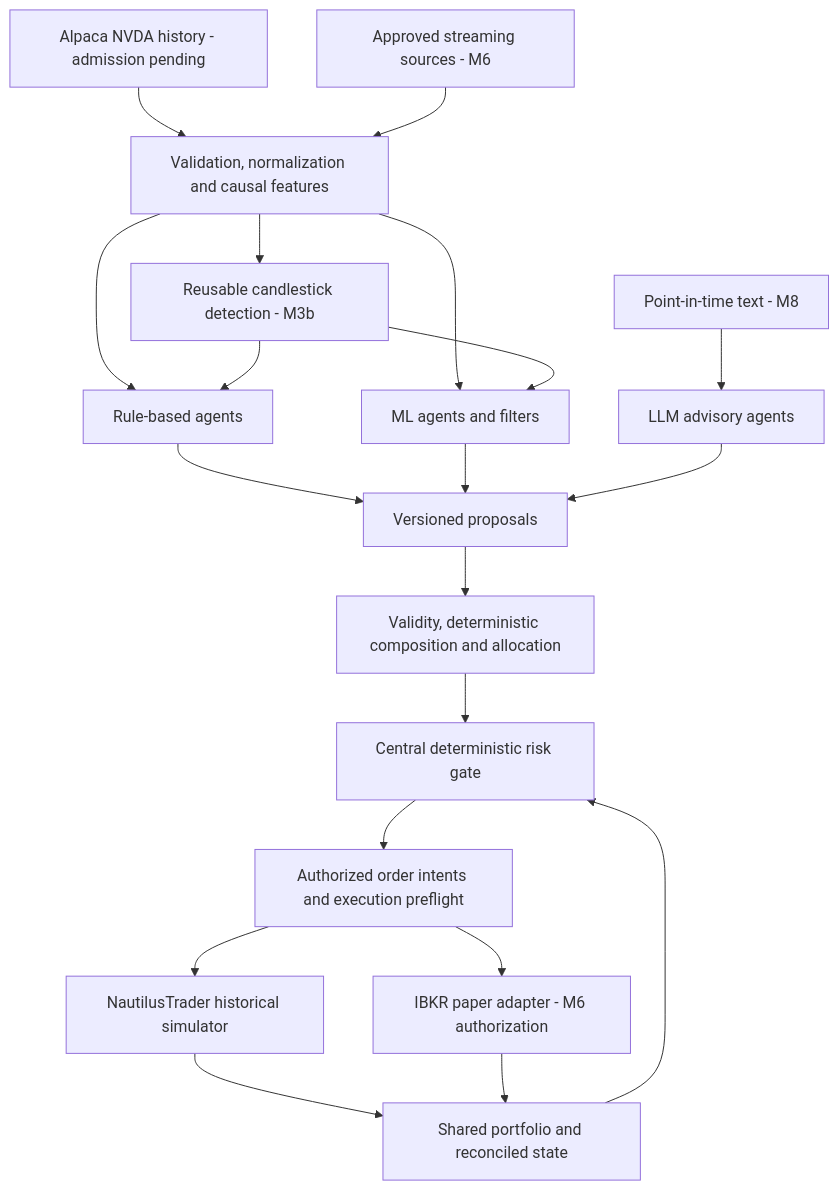
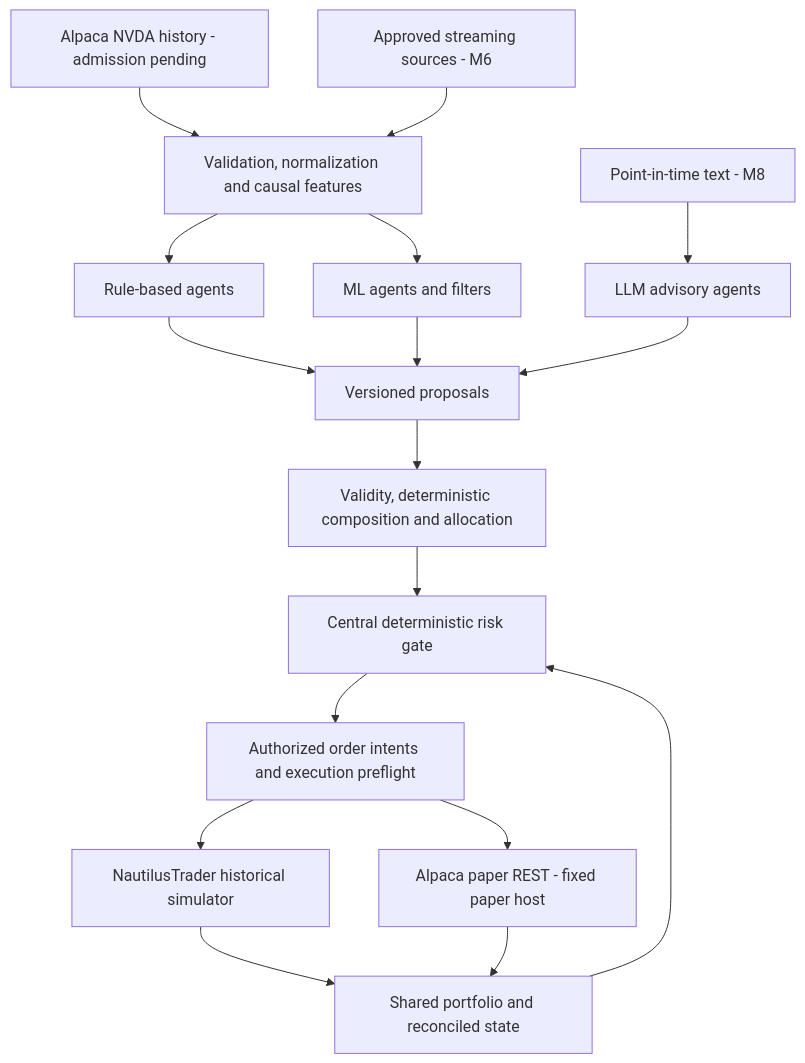
Before and after one commit to antoniesuciu/drift: the diagram in docs/ARCHITECTURE.md, drawn with Mermaid. The commit also changed other lines of this file and 145 other files, not shown here.

````diff
--- a/docs/ARCHITECTURE.md
+++ b/docs/ARCHITECTURE.md
@@ -9,22 +9,19 @@
 ```mermaid
 flowchart TD
     Historical[Alpaca NVDA history - admission pending] --> Data[Validation, normalization and causal features]
     Streaming[Approved streaming sources - M6] --> Data
     Text[Point-in-time text - M8] --> LLM[LLM advisory agents]
     Data --> Rules[Rule-based agents]
     Data --> ML[ML agents and filters]
-    Data --> Patterns[Reusable candlestick detection - M3b]
-    Patterns --> Rules
-    Patterns --> ML
     Rules --> Proposals[Versioned proposals]
     ML --> Proposals
     LLM --> Proposals
     Proposals --> Policy[Validity, deterministic composition and allocation]
     Policy --> Risk[Central deterministic risk gate]
     Ledger[Shared portfolio and reconciled state] --> Risk
     Risk --> Execution[Authorized order intents and execution preflight]
     Execution --> Simulation[NautilusTrader historical simulator]
-    Execution --> Paper[IBKR paper adapter - M6 authorization]
+    Execution --> Paper[Alpaca paper REST - fixed paper host]
     Simulation --> Ledger
     Paper --> Ledger
 ```
````
